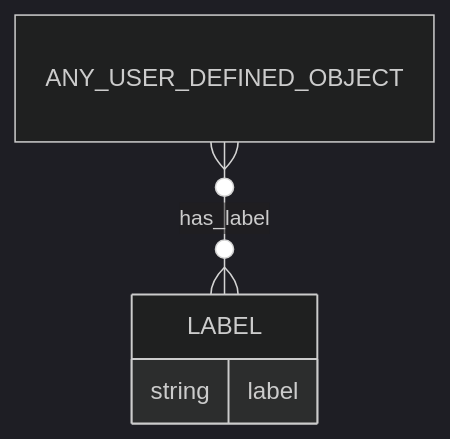
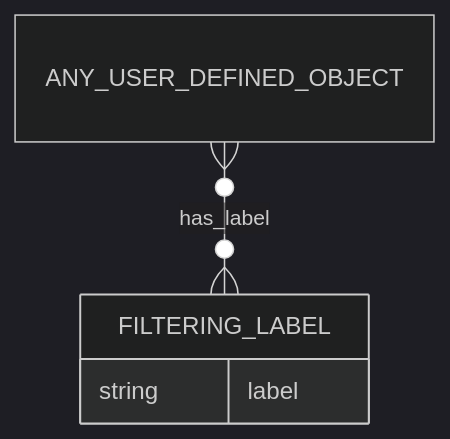
One commit to intuitem/ciso-assistant-community changed the seventh of 16 diagrams in documentation/architecture/data-model.md. Above: the diagram before and after it, drawn with Mermaid (dark theme). The commit also changed other lines of this file, not shown here.

````diff
--- a/documentation/architecture/data-model.md
+++ b/documentation/architecture/data-model.md
@@ -484,8 +483,8 @@
 ```mermaid
 erDiagram
-    ANY_USER_DEFINED_OBJECT   }o--o{ LABEL : has_label
+    ANY_USER_DEFINED_OBJECT   }o--o{ FILTERING_LABEL : has_label
 
-    LABEL {
+    FILTERING_LABEL {
         string  label
     }
 ```
````
